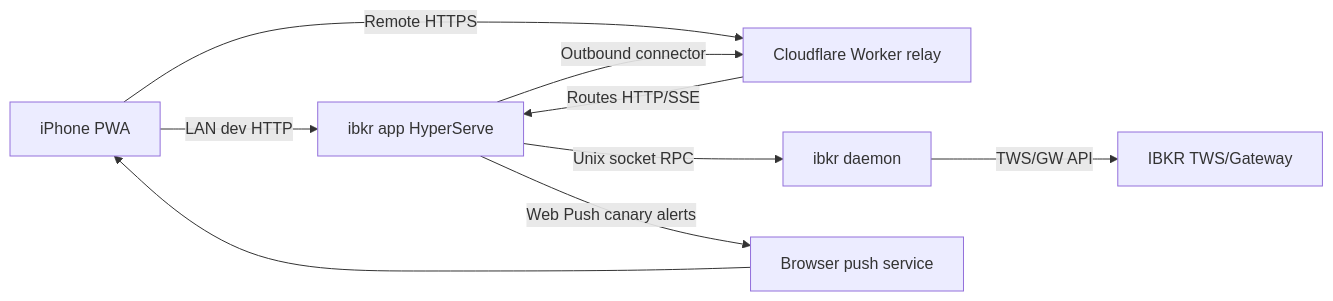
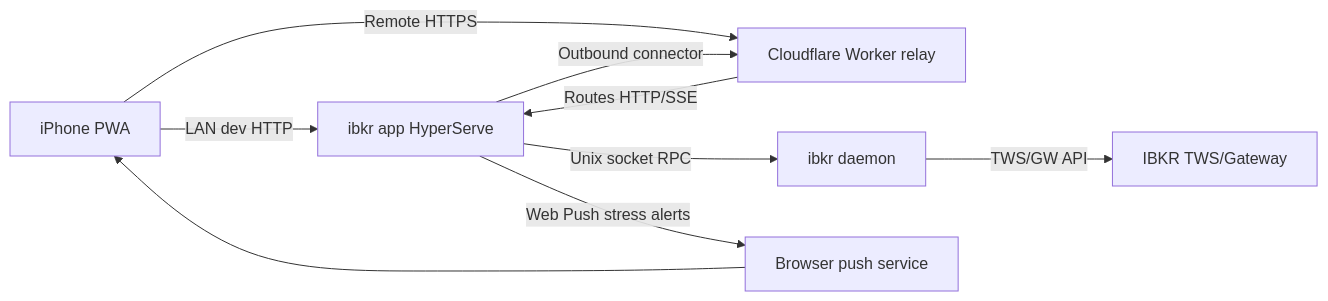
Before and after one commit to osauer/canary: the diagram in internal-docs/design/mobile-app-mvp.md, drawn with Mermaid. The commit also changed other lines of this file and 88 other files, not shown here.

````diff
--- a/internal-docs/design/mobile-app-mvp.md
+++ b/internal-docs/design/mobile-app-mvp.md
@@ -49,11 +49,11 @@
 ```mermaid
 flowchart LR
   Phone["iPhone PWA"] -->|"LAN dev HTTP"| App["ibkr app HyperServe"]
   Phone -->|"Remote HTTPS"| Relay["Cloudflare Worker relay"]
   Relay -->|"Routes HTTP/SSE"| App
   App -->|"Outbound connector"| Relay
   App -->|"Unix socket RPC"| Daemon["ibkr daemon"]
   Daemon -->|"TWS/GW API"| TWS["IBKR TWS/Gateway"]
-  App -->|"Web Push canary alerts"| Push["Browser push service"]
+  App -->|"Web Push stress alerts"| Push["Browser push service"]
   Push --> Phone
 ```
````
